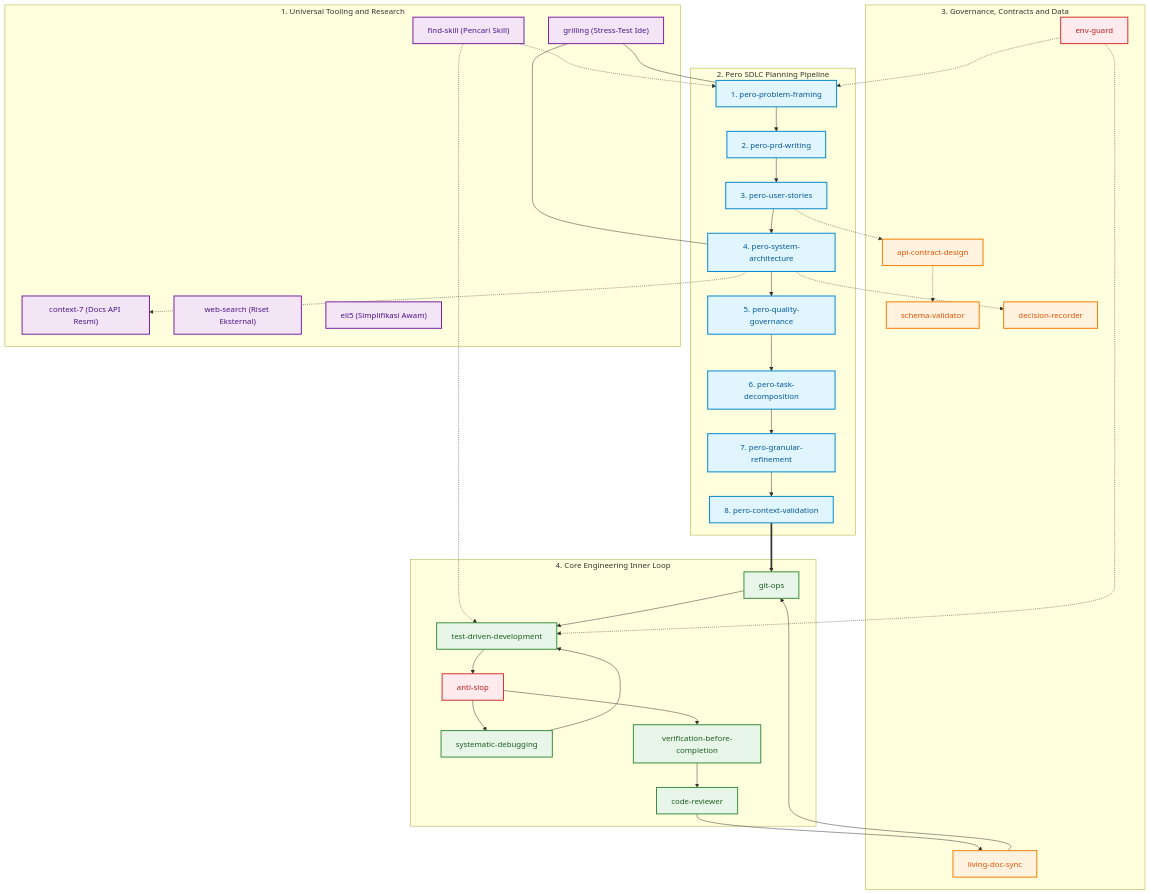
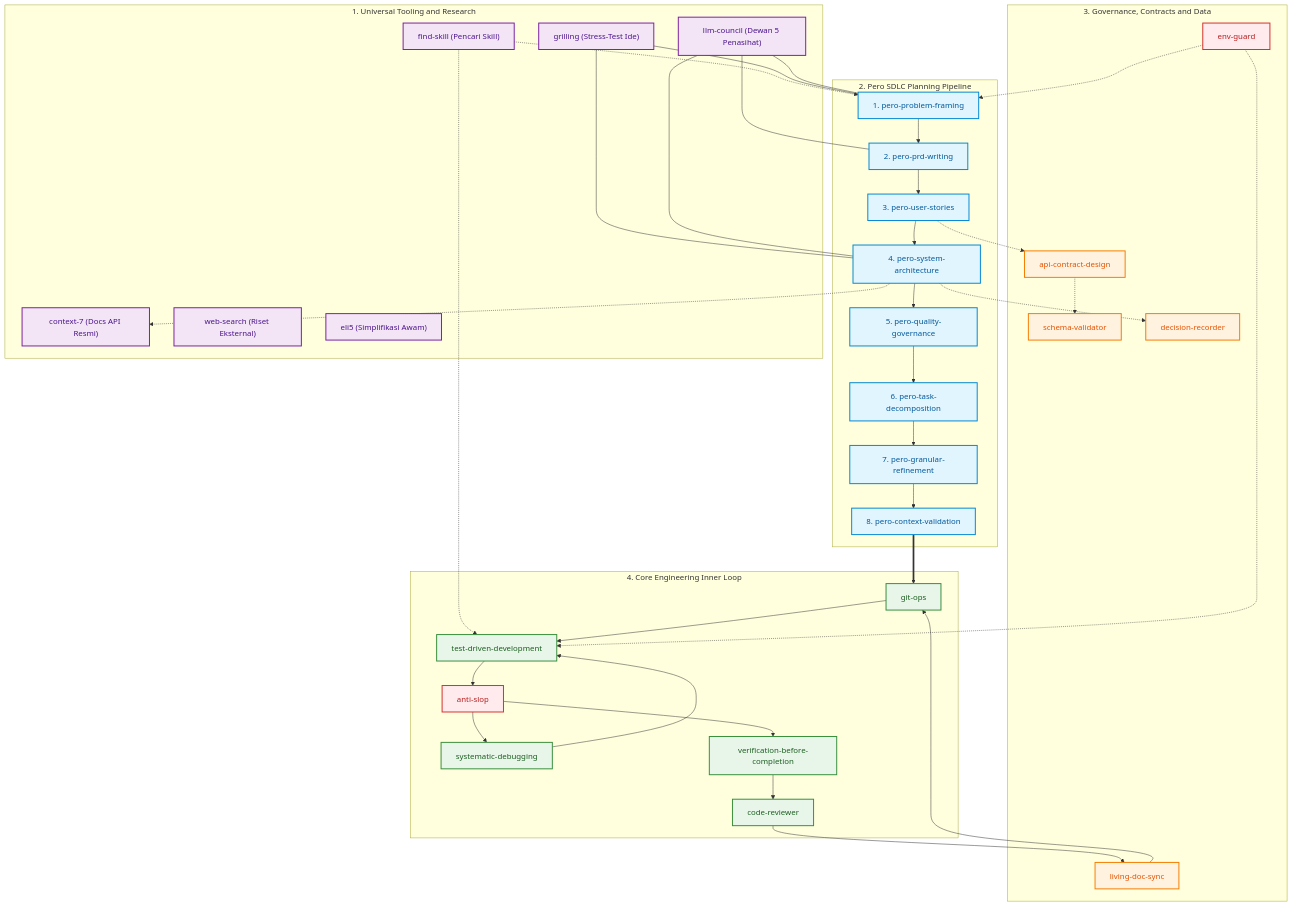
Before and after one commit to okyFaishal/pero-agent-skills: the first of 4 diagrams in README.md, drawn with Mermaid. The commit also changed other lines of this file and 7 other files, not shown here.

First line of the commit message:
feat(skills): add llm-council and integrate into SDLC pipeline

```diff
--- a/README.md
+++ b/README.md
@@ -55,6 +55,7 @@
         C7["context-7 (Docs API Resmi)"]:::tool
         WS["web-search (Riset Eksternal)"]:::tool
         GRL["grilling (Stress-Test Ide)"]:::tool
+        COU["llm-council (Dewan 5 Penasihat)"]:::tool
         ELI5["eli5 (Simplifikasi Awam)"]:::tool
     end
 
@@ -92,6 +93,9 @@
     
     GRL --- S1
     GRL --- S4
+    COU --- S1
+    COU --- S2
+    COU --- S4
     
     S1 --> S2
     S2 --> S3
```
